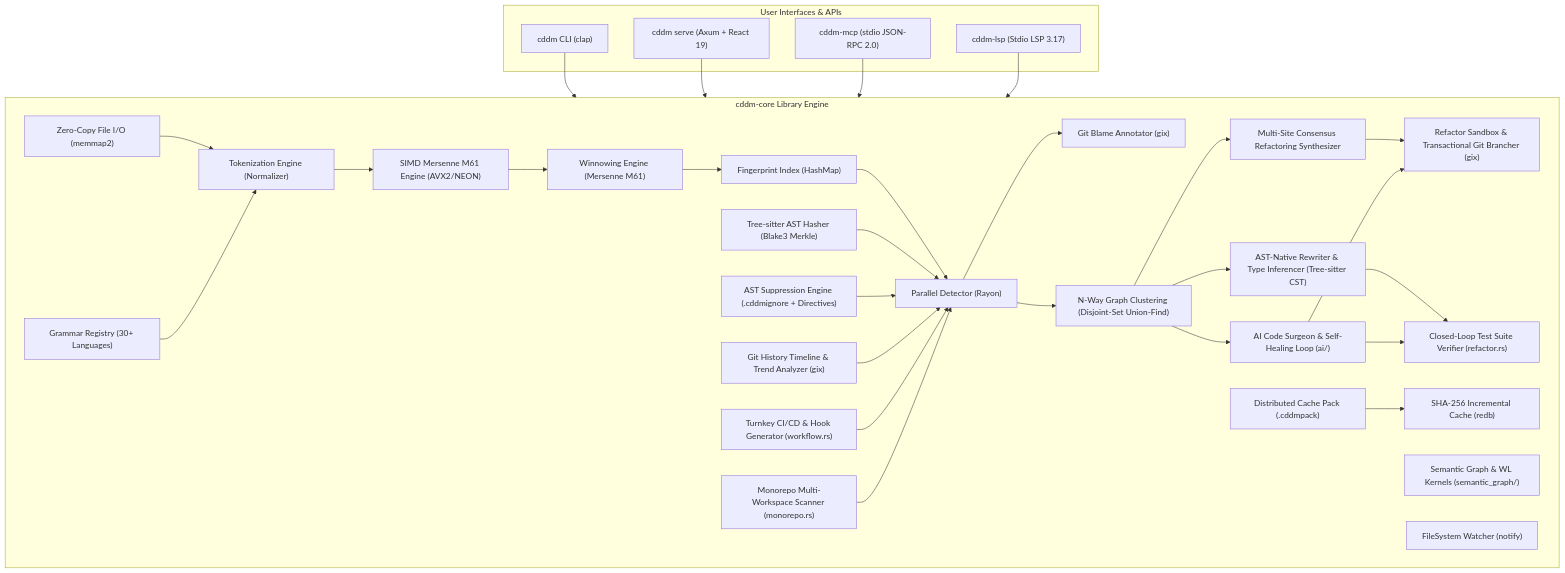
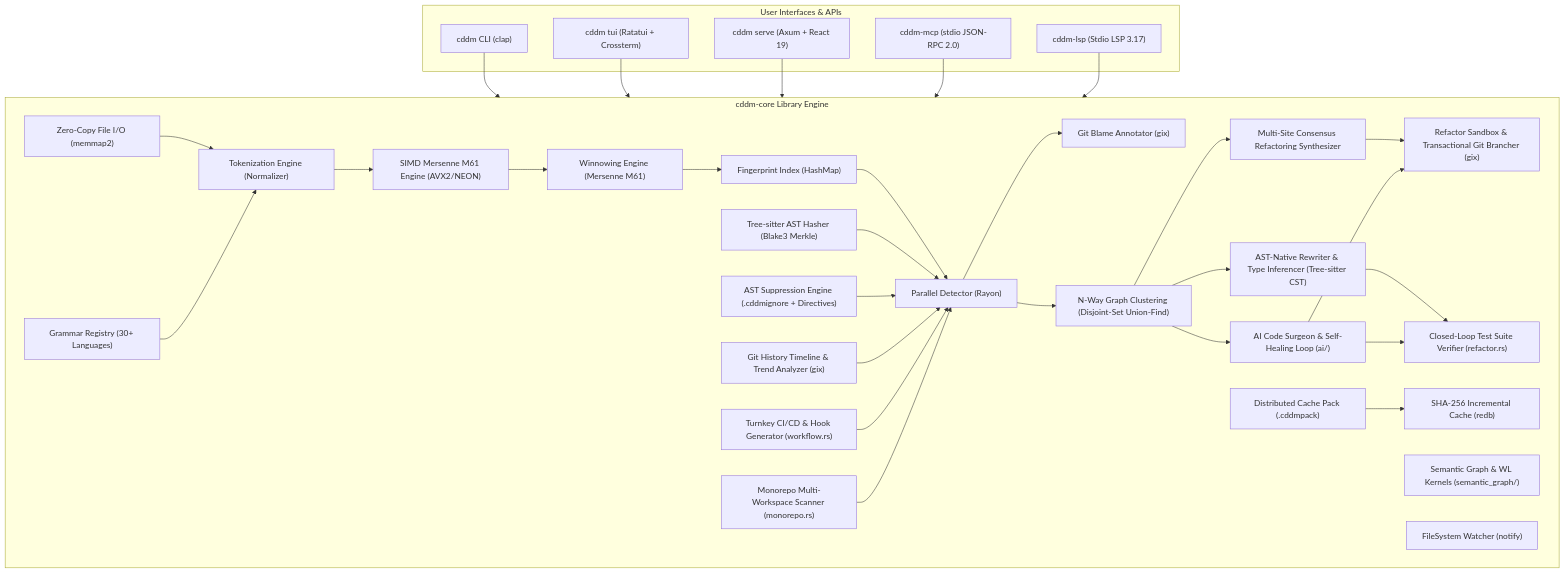
Before and after one commit to GrigorTonikyan/cddm: the first of 2 diagrams in docs/ARCHITECTURE.md, drawn with Mermaid. The commit also changed other lines of this file and 179 other files, not shown here.

Commit message:
feat(tests): enforce universal test architecture, 1:1 MCP suites, and parity

````diff
--- a/docs/ARCHITECTURE.md
+++ b/docs/ARCHITECTURE.md
@@ -7,62 +7,64 @@
 ```mermaid
 graph TD
     subgraph UI ["User Interfaces & APIs"]
         CLI["cddm CLI (clap)"]
+        TUI["cddm tui (Ratatui + Crossterm)"]
         Serve["cddm serve (Axum + React 19)"]
         LSP["cddm-lsp (Stdio LSP 3.17)"]
         MCP["cddm-mcp (stdio JSON-RPC 2.0)"]
     end
 
     subgraph Core ["cddm-core Library Engine"]
         IO["Zero-Copy File I/O (memmap2)"]
         Grammar["Grammar Registry (30+ Languages)"]
         Tokenizer["Tokenization Engine (Normalizer)"]
         SIMD["SIMD Mersenne M61 Engine (AVX2/NEON)"]
         Winnow["Winnowing Engine (Mersenne M61)"]
         AST["Tree-sitter AST Hasher (Blake3 Merkle)"]
         Index["Fingerprint Index (HashMap)"]
         Detector["Parallel Detector (Rayon)"]
         Suppression["AST Suppression Engine (.cddmignore + Directives)"]
         Blame["Git Blame Annotator (gix)"]
         Cluster["N-Way Graph Clustering (Disjoint-Set Union-Find)"]
         Refactor["Multi-Site Consensus Refactoring Synthesizer"]
         AstRewrite["AST-Native Rewriter & Type Inferencer (Tree-sitter CST)"]
         VerifyEngine["Closed-Loop Test Suite Verifier (refactor.rs)"]
         Sandbox["Refactor Sandbox & Transactional Git Brancher (gix)"]
         Timeline["Git History Timeline & Trend Analyzer (gix)"]
         Workflow["Turnkey CI/CD & Hook Generator (workflow.rs)"]
         AiEngine["AI Code Surgeon & Self-Healing Loop (ai/)"]
         SemanticGraph["Semantic Graph & WL Kernels (semantic_graph/)"]
         MonorepoEngine["Monorepo Multi-Workspace Scanner (monorepo.rs)"]
         CachePack["Distributed Cache Pack (.cddmpack)"]
         Cache["SHA-256 Incremental Cache (redb)"]
         Watcher["FileSystem Watcher (notify)"]
     end
 
     CLI --> Core
+    TUI --> Core
     Serve --> Core
     MCP --> Core
     LSP --> Core
 
     IO --> Tokenizer
     Grammar --> Tokenizer
     Tokenizer --> SIMD
     SIMD --> Winnow
     Winnow --> Index
     Index --> Detector
     AST --> Detector
     Suppression --> Detector
     Detector --> Blame
     Detector --> Cluster
     Cluster --> Refactor
     Cluster --> AstRewrite
     Cluster --> AiEngine
     Refactor --> Sandbox
     AstRewrite --> VerifyEngine
     AiEngine --> VerifyEngine
     AiEngine --> Sandbox
     Timeline --> Detector
     Workflow --> Detector
     MonorepoEngine --> Detector
     CachePack --> Cache
 ```
````
